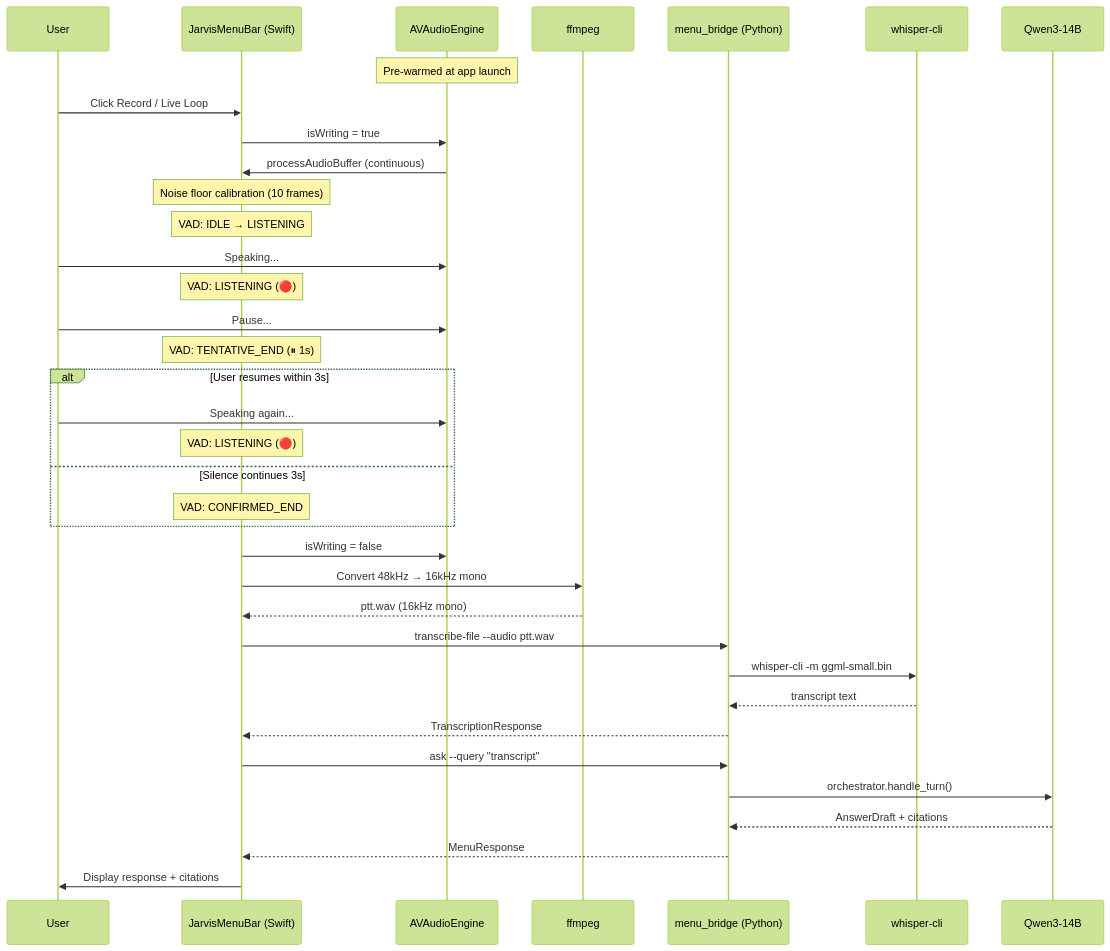
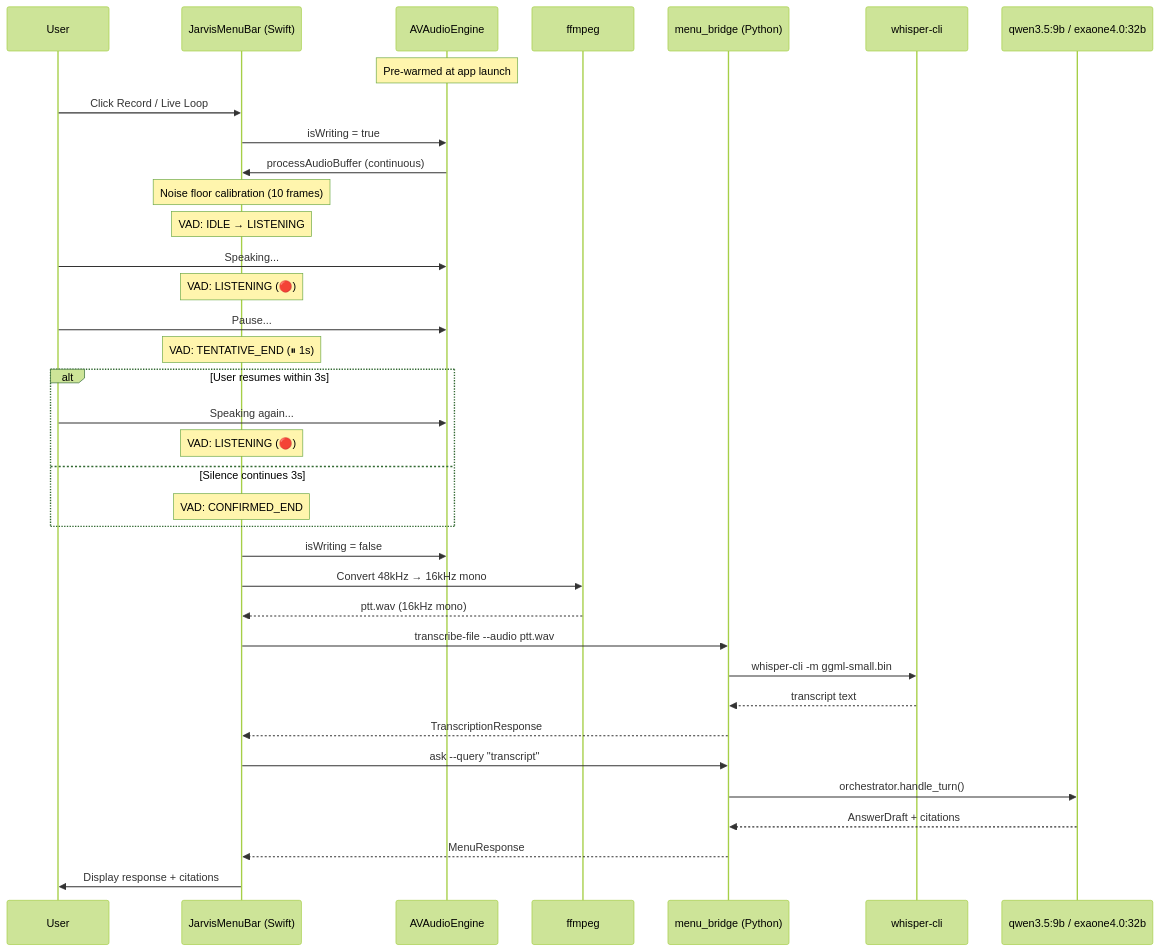
One commit to projecthub-codingstudio/JARVIS changed the second of 3 diagrams in wiki/Voice-Pipeline.md. Above: the diagram before and after it, drawn with Mermaid (forest theme). The commit also changed 54 other files, not shown here.

````diff
--- a/wiki/Voice-Pipeline.md
+++ b/wiki/Voice-Pipeline.md
@@ -35,48 +35,48 @@
 ```mermaid
 sequenceDiagram
     participant User
     participant Swift as JarvisMenuBar (Swift)
     participant Engine as AVAudioEngine
     participant FFmpeg as ffmpeg
     participant Python as menu_bridge (Python)
     participant Whisper as whisper-cli
-    participant LLM as Qwen3-14B
+    participant LLM as qwen3.5:9b / exaone4.0:32b
 
     Note over Engine: Pre-warmed at app launch
 
     User->>Swift: Click Record / Live Loop
     Swift->>Engine: isWriting = true
     Engine->>Swift: processAudioBuffer (continuous)
 
     Note over Swift: Noise floor calibration (10 frames)
     Note over Swift: VAD: IDLE → LISTENING
 
     User->>Engine: Speaking...
     Note over Swift: VAD: LISTENING (🔴)
 
     User->>Engine: Pause...
     Note over Swift: VAD: TENTATIVE_END (⏸ 1s)
 
     alt User resumes within 3s
         User->>Engine: Speaking again...
         Note over Swift: VAD: LISTENING (🔴)
     else Silence continues 3s
         Note over Swift: VAD: CONFIRMED_END
     end
 
     Swift->>Engine: isWriting = false
     Swift->>FFmpeg: Convert 48kHz → 16kHz mono
     FFmpeg-->>Swift: ptt.wav (16kHz mono)
 
     Swift->>Python: transcribe-file --audio ptt.wav
     Python->>Whisper: whisper-cli -m ggml-small.bin
     Whisper-->>Python: transcript text
     Python-->>Swift: TranscriptionResponse
 
     Swift->>Python: ask --query "transcript"
     Python->>LLM: orchestrator.handle_turn()
     LLM-->>Python: AnswerDraft + citations
     Python-->>Swift: MenuResponse
 
     Swift->>User: Display response + citations
 ```
````
